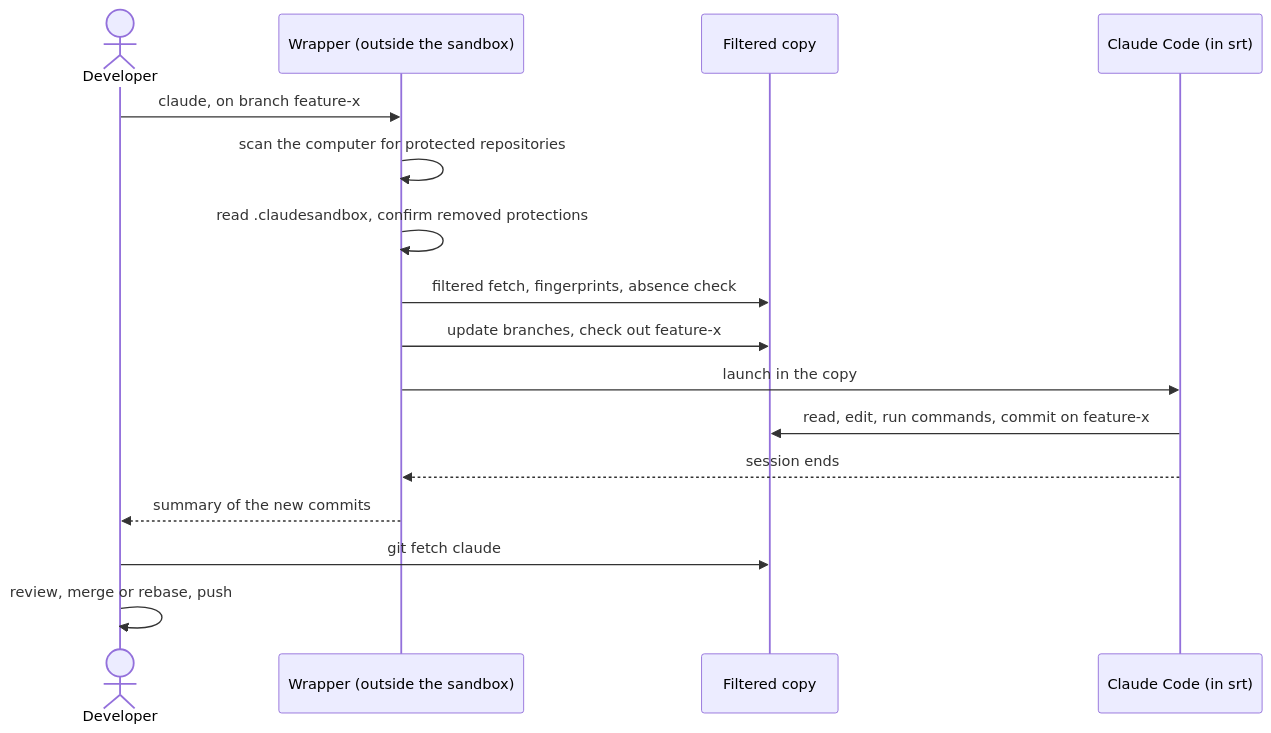
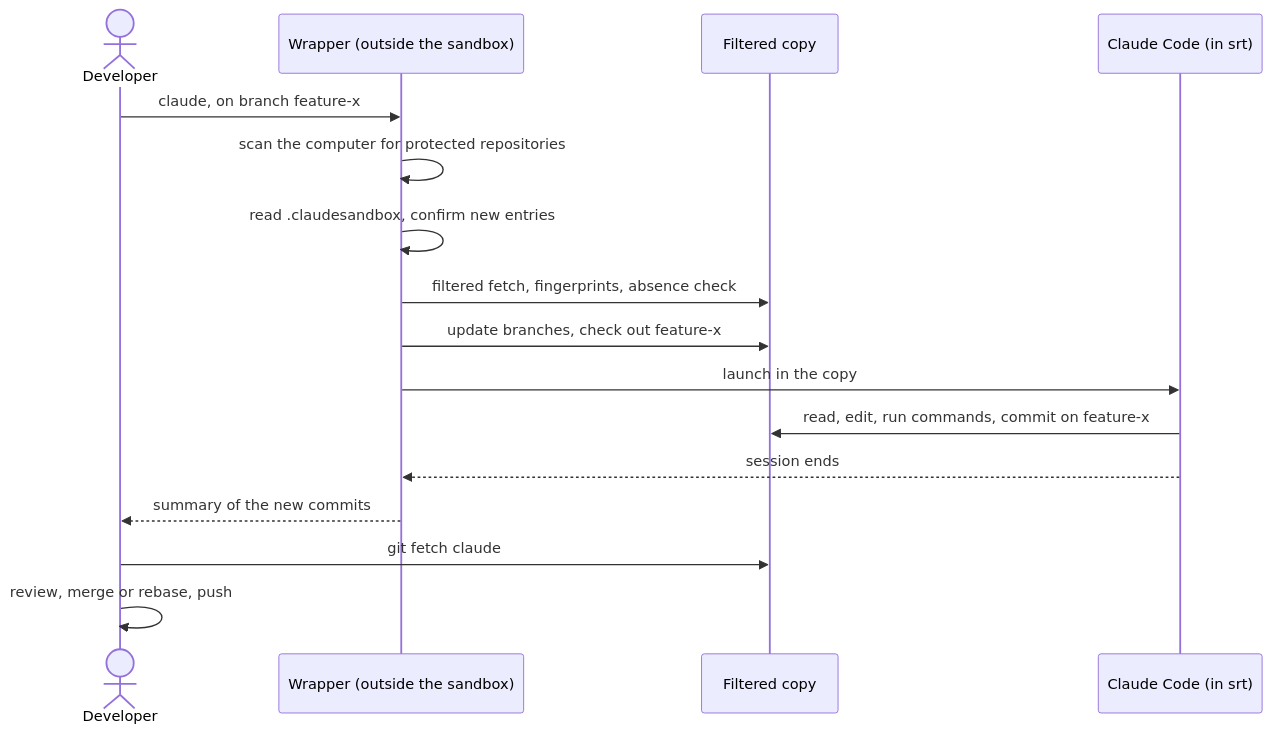
Before and after one commit to Lenstra/claude-secure-sandbox: the third of 4 diagrams in docs/ARCHITECTURE.md, drawn with Mermaid. The commit also changed other lines of this file and 1 other file, not shown here.

````diff
--- a/docs/ARCHITECTURE.md
+++ b/docs/ARCHITECTURE.md
@@ -406,18 +403,18 @@
 ```mermaid
 sequenceDiagram
   actor Dev as Developer
   participant W as Wrapper (outside the sandbox)
   participant K as Filtered copy
   participant C as Claude Code (in srt)
   Dev->>W: claude, on branch feature-x
   W->>W: scan the computer for protected repositories
-  W->>W: read .claudesandbox, confirm removed protections
+  W->>W: read .claudesandbox, confirm new entries
   W->>K: filtered fetch, fingerprints, absence check
   W->>K: update branches, check out feature-x
   W->>C: launch in the copy
   C->>K: read, edit, run commands, commit on feature-x
   C-->>W: session ends
   W-->>Dev: summary of the new commits
   Dev->>K: git fetch claude
   Dev->>Dev: review, merge or rebase, push
 ```
````
